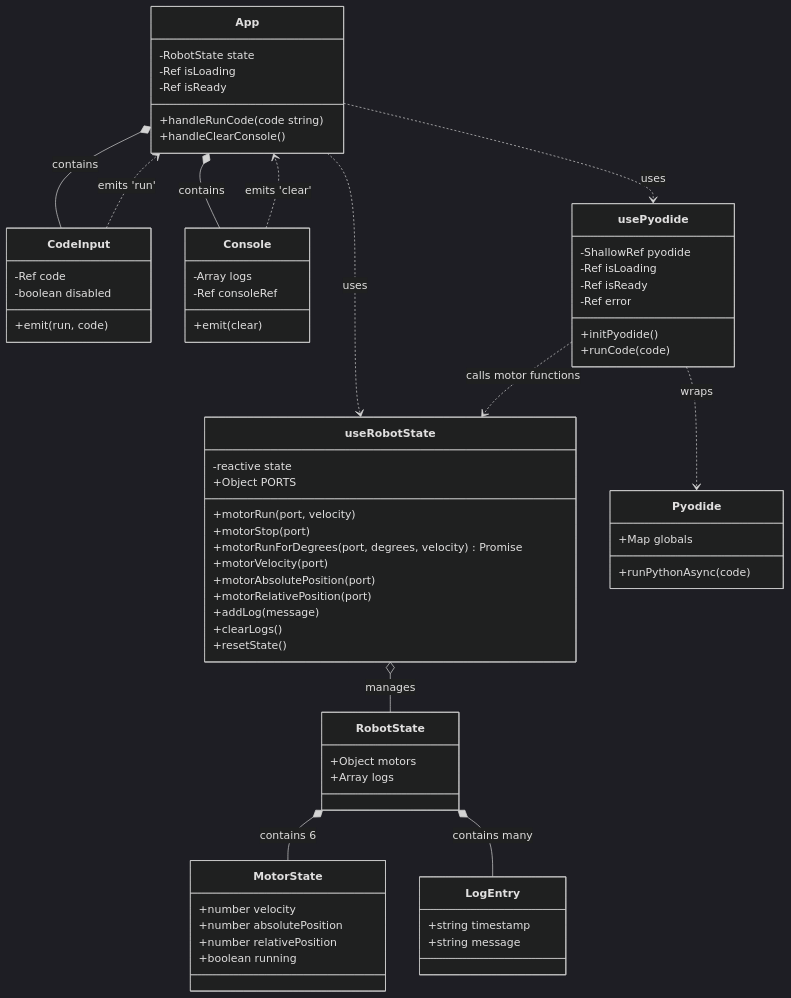
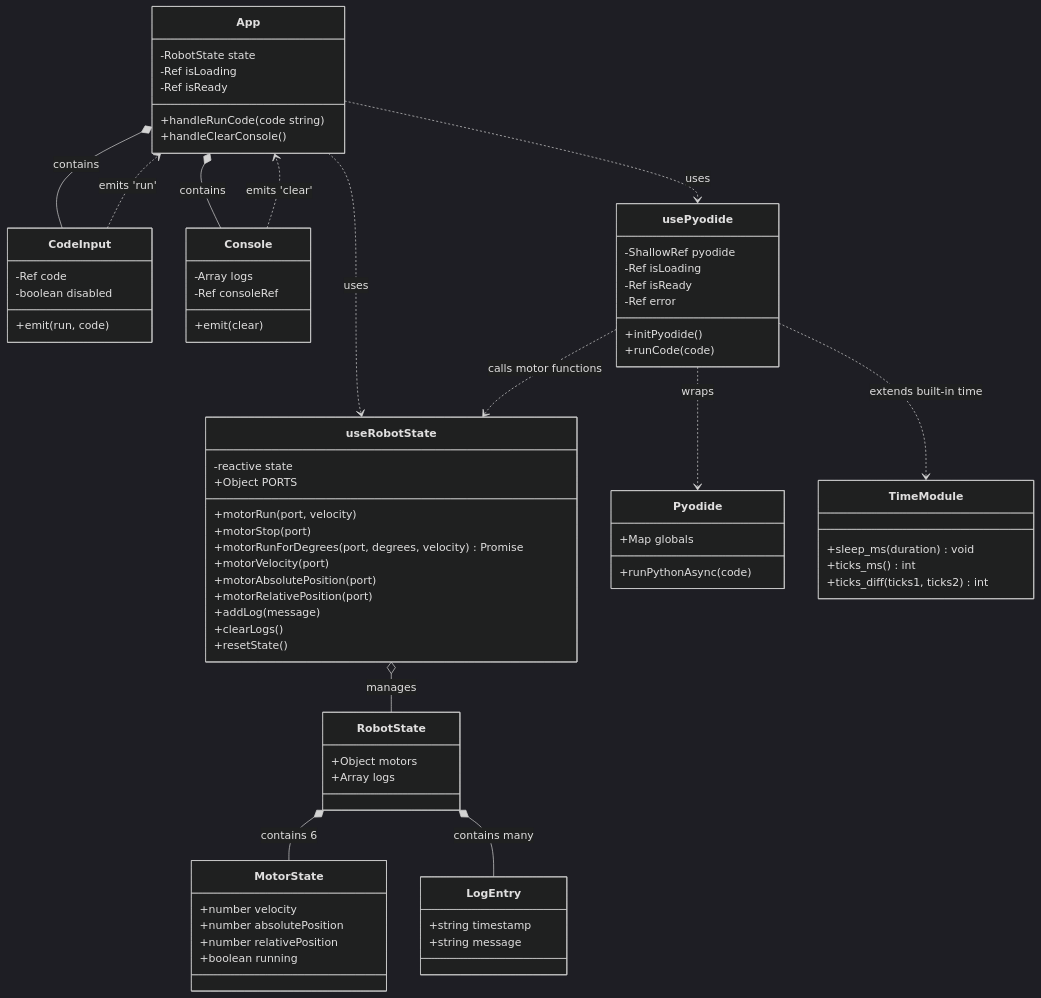
The first of 7 diagrams in docs/code_description.md (amanshaikh75/lego_spike_robot_simulator), drawn with Mermaid (dark theme) before and after one commit. The commit also changed other lines of this file, not shown here.

Commit message:
Update code_description.md with time module extensions
Document the MicroPython-compatible time functions (sleep_ms, ticks_ms,
ticks_diff) in the architecture diagram, initialization sequence, and
application lifecycle sections.

https://claude.ai/code/session_01QWjFU8da4ZDm3DC6YunPos

````diff
--- a/docs/code_description.md
+++ b/docs/code_description.md
@@ -122,8 +122,15 @@
     useRobotState o-- RobotState : manages
     RobotState *-- MotorState : contains 6
     RobotState *-- LogEntry : contains many
+    class TimeModule {
+        +sleep_ms(duration) void
+        +ticks_ms() int
+        +ticks_diff(ticks1, ticks2) int
+    }
+
     usePyodide ..> Pyodide : wraps
     usePyodide ..> useRobotState : calls motor functions
+    usePyodide ..> TimeModule : extends built-in time
     CodeInput ..> App : emits 'run'
     Console ..> App : emits 'clear'
 ```
````
